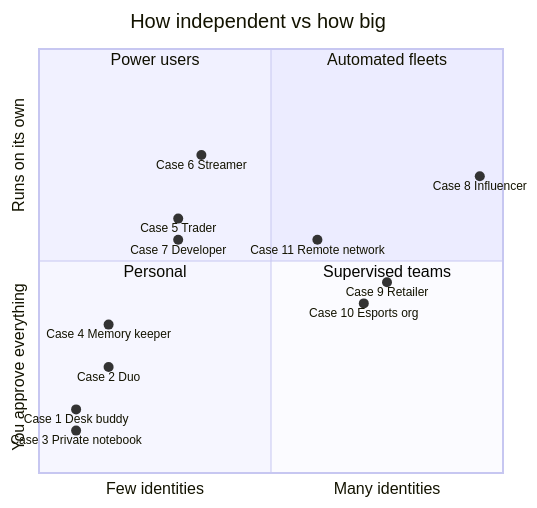
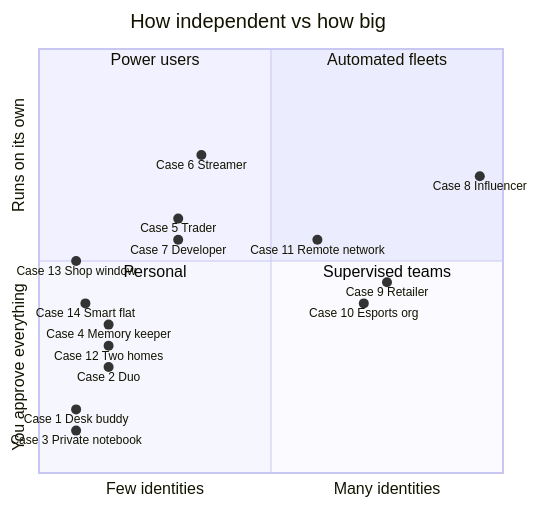
One commit to Smugandcomfy/waifu-ai-desktop changed the third of 20 diagrams in docs/USE_CASES.md. Above: the diagram before and after it, drawn with Mermaid. The commit also changed other lines of this file and 14 other files, not shown here.

Commit message:
Docs for 0.99.18: Waifu AI Bridge and Home Assistant guides; network page with bridges, roles, bridge codes and which brain answers whom; use cases 9 and 11 rebuilt around Waifu AI Bridge, new 12 (two homes), 13 (shop window), 14 (smart flat); How it works and FAQ updated; restamped v0.99.18

````diff
--- a/docs/USE_CASES.md
+++ b/docs/USE_CASES.md
@@ -73,21 +77,24 @@
 ```mermaid
 quadrantChart
     title How independent vs how big
     x-axis "Few identities" --> "Many identities"
     y-axis "You approve everything" --> "Runs on its own"
     quadrant-1 "Automated fleets"
     quadrant-2 "Power users"
     quadrant-3 "Personal"
     quadrant-4 "Supervised teams"
     "Case 1 Desk buddy": [0.08, 0.15]
     "Case 2 Duo": [0.15, 0.25]
     "Case 3 Private notebook": [0.08, 0.1]
     "Case 4 Memory keeper": [0.15, 0.35]
     "Case 5 Trader": [0.3, 0.6]
     "Case 6 Streamer": [0.35, 0.75]
     "Case 7 Developer": [0.3, 0.55]
     "Case 8 Influencer": [0.95, 0.7]
     "Case 9 Retailer": [0.75, 0.45]
     "Case 10 Esports org": [0.7, 0.4]
     "Case 11 Remote network": [0.6, 0.55]
+    "Case 12 Two homes": [0.15, 0.3]
+    "Case 13 Shop window": [0.08, 0.5]
+    "Case 14 Smart flat": [0.1, 0.4]
 ```
````
